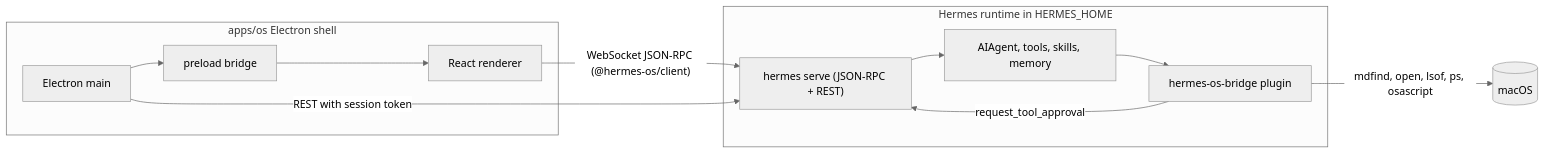
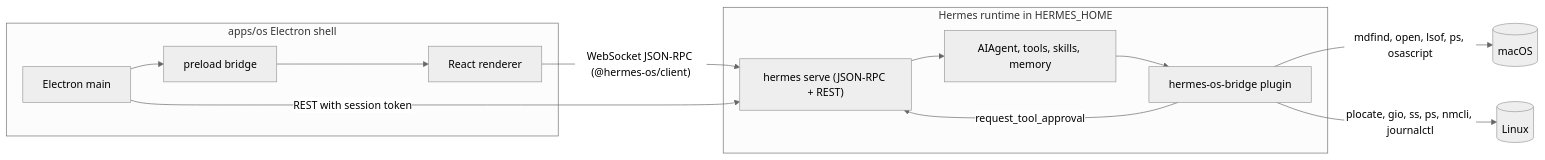
The diagram in docs/ARCHITECTURE.md (BlueDragon4251/HAOS), drawn with Mermaid (neutral theme) before and after one commit. The commit also changed other lines of this file and 48 other files, not shown here.

````diff
--- a/docs/ARCHITECTURE.md
+++ b/docs/ARCHITECTURE.md
@@ -21,19 +21,20 @@
 ```mermaid
 flowchart LR
   subgraph shell [apps/os Electron shell]
     Main[Electron main]
     Preload[preload bridge]
     Renderer[React renderer]
     Main --> Preload --> Renderer
   end
   subgraph runtime [Hermes runtime in HERMES_HOME]
     Serve["hermes serve (JSON-RPC + REST)"]
     Agent[AIAgent, tools, skills, memory]
     Bridge[hermes-os-bridge plugin]
     Serve --> Agent --> Bridge
   end
   Renderer -->|"WebSocket JSON-RPC (@hermes-os/client)"| Serve
   Main -->|"REST with session token"| Serve
   Bridge -->|"request_tool_approval"| Serve
   Bridge -->|"mdfind, open, lsof, ps, osascript"| macOS[(macOS)]
+  Bridge -->|"plocate, gio, ss, ps, nmcli, journalctl"| Linux[(Linux)]
 ```
````
